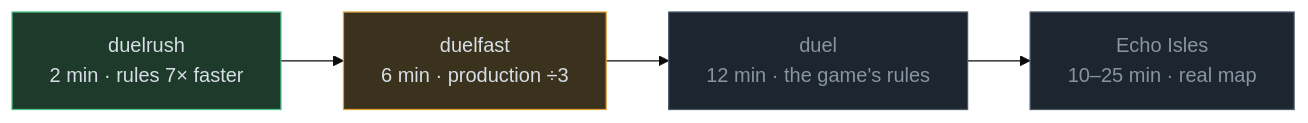
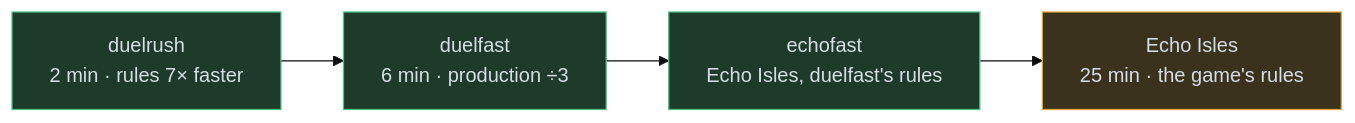
Before and after one commit to RobinKa/warcraftsim: the first of 2 diagrams in docs/environments.md, drawn with Mermaid (base theme). The commit also changed other lines of this file and 9 other files, not shown here.

````diff
--- a/docs/environments.md
+++ b/docs/environments.md
@@ -7,9 +7,9 @@
 ```mermaid
 flowchart LR
-  R["duelrush<br/>2 min · rules 7× faster"]:::done --> F["duelfast<br/>6 min · production ÷3"]:::now
-  F --> D["duel<br/>12 min · the game's rules"]:::todo
-  D --> E["Echo Isles<br/>10–25 min · real map"]:::todo
+  R["duelrush<br/>2 min · rules 7× faster"]:::done --> F["duelfast<br/>6 min · production ÷3"]:::done
+  F --> EF["echofast<br/>Echo Isles, duelfast's rules"]:::done
+  EF --> E["Echo Isles<br/>25 min · the game's rules"]:::now
   classDef done fill:#1d3a2a,stroke:#4cc38a,color:#d7dee6
   classDef now fill:#3a321d,stroke:#e0a33a,color:#d7dee6
   classDef todo fill:#1d252e,stroke:#4a5868,color:#8795a3
 ```
````
